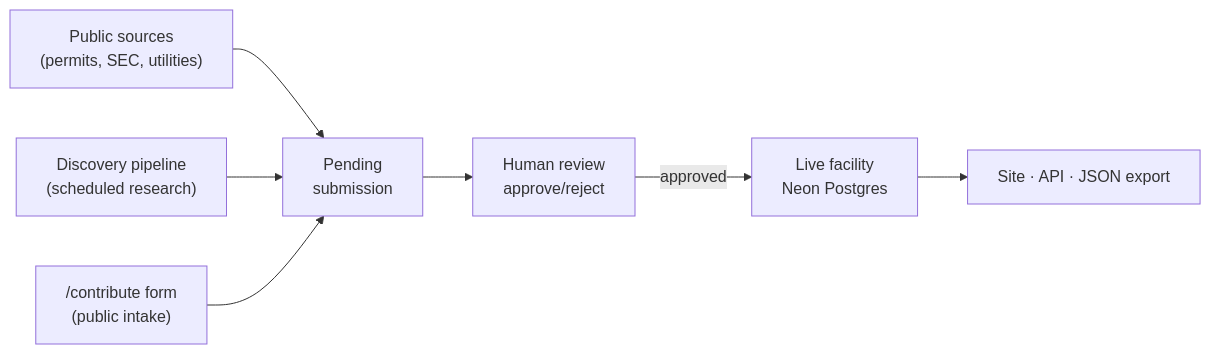
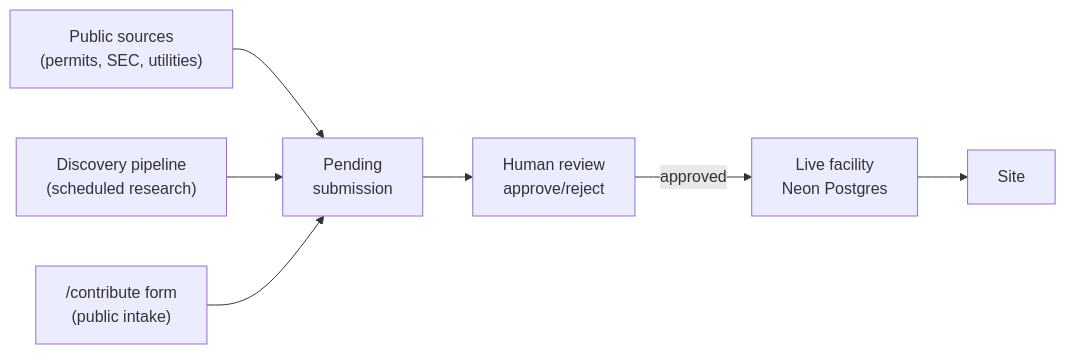
One commit to ek33450505/compute-atlas changed the diagram in README.md. Above: the diagram before and after it, drawn with Mermaid. The commit also changed other lines of this file and 8 other files, not shown here.

````diff
--- a/README.md
+++ b/README.md
@@ -147,9 +128,9 @@
 ```mermaid
 graph LR
     A["Public sources<br/>(permits, SEC, utilities)"] --> P["Pending<br/>submission"]
     B["Discovery pipeline<br/>(scheduled research)"] --> P
     C["/contribute form<br/>(public intake)"] --> P
     P --> G["Human review<br/>approve/reject"]
     G --> |approved| L["Live facility<br/>Neon Postgres"]
-    L --> D["Site · API · JSON export"]
+    L --> D["Site"]
 ```
````
